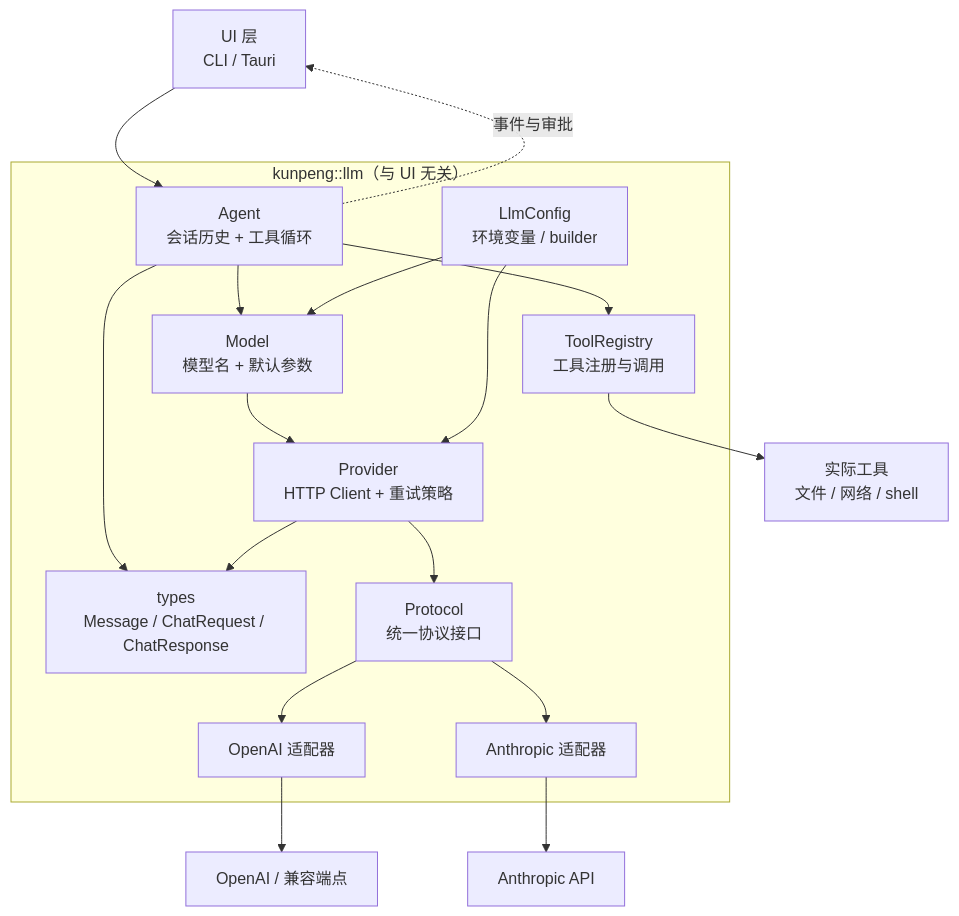
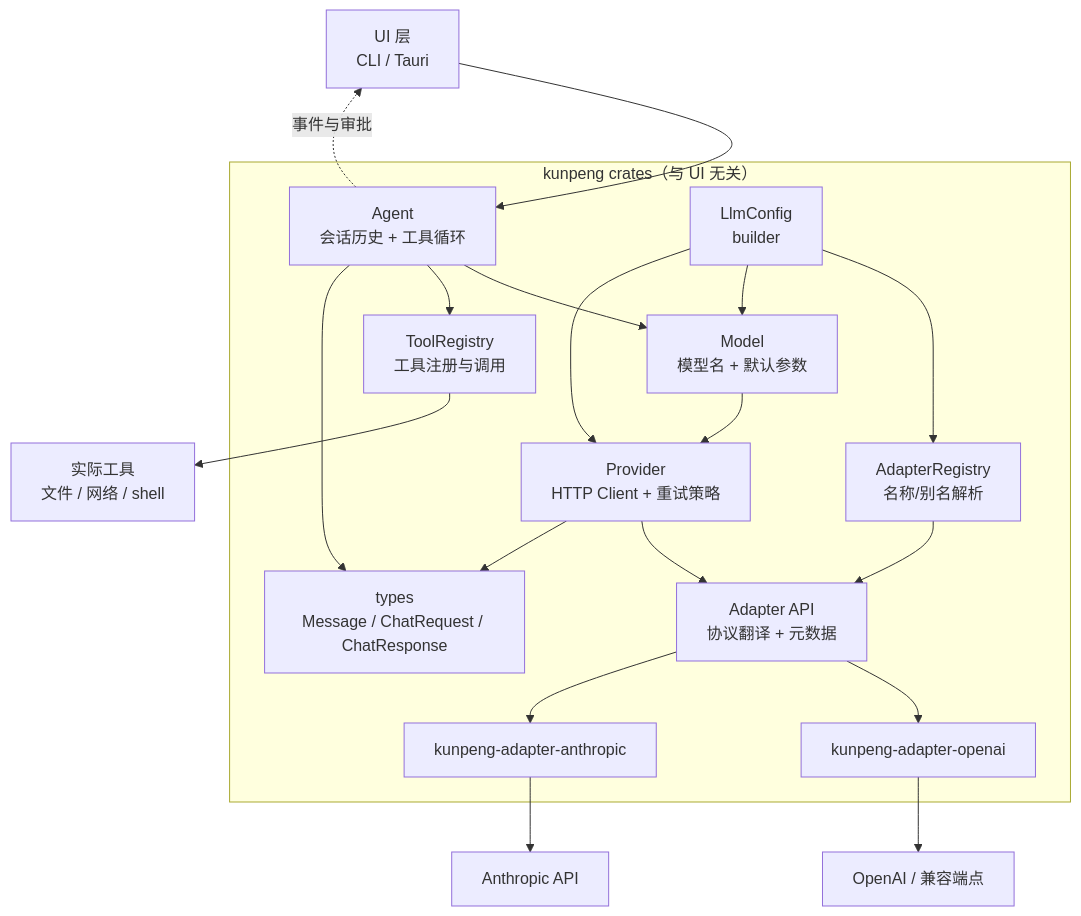
One commit to jie7410/kunpeng changed the first of 2 diagrams in docs/ARCHITECTURE.md. Above: the diagram before and after it, drawn with Mermaid. The commit also changed other lines of this file and 75 other files, not shown here.

Commit message:
[llm-core]实现核心方法

````diff
--- a/docs/ARCHITECTURE.md
+++ b/docs/ARCHITECTURE.md
@@ -19,24 +19,26 @@
 ```mermaid
 flowchart TD
     UI["UI 层<br/>CLI / Tauri"] --> AG["Agent<br/>会话历史 + 工具循环"]
 
-    subgraph CORE["kunpeng::llm（与 UI 无关）"]
+    subgraph CORE["kunpeng crates（与 UI 无关）"]
         AG --> MD["Model<br/>模型名 + 默认参数"]
         AG --> TR["ToolRegistry<br/>工具注册与调用"]
         AG --> TY["types<br/>Message / ChatRequest / ChatResponse"]
 
         MD --> PV["Provider<br/>HTTP Client + 重试策略"]
-        PV --> PT["Protocol<br/>统一协议接口"]
-        PT --> OA["OpenAI 适配器"]
-        PT --> AN["Anthropic 适配器"]
+        PV --> PT["Adapter API<br/>协议翻译 + 元数据"]
+        REG["AdapterRegistry<br/>名称/别名解析"] --> PT
+        PT --> OA["kunpeng-adapter-openai"]
+        PT --> AN["kunpeng-adapter-anthropic"]
         PV --> TY
 
-        CFG["LlmConfig<br/>环境变量 / builder"] --> MD
+        CFG["LlmConfig<br/>builder"] --> REG
+        CFG --> MD
         CFG --> PV
     end
 
     OA --> API1["OpenAI / 兼容端点"]
     AN --> API2["Anthropic API"]
     TR --> TOOL["实际工具<br/>文件 / 网络 / shell"]
     AG -.->|事件与审批| UI
 ```
````
